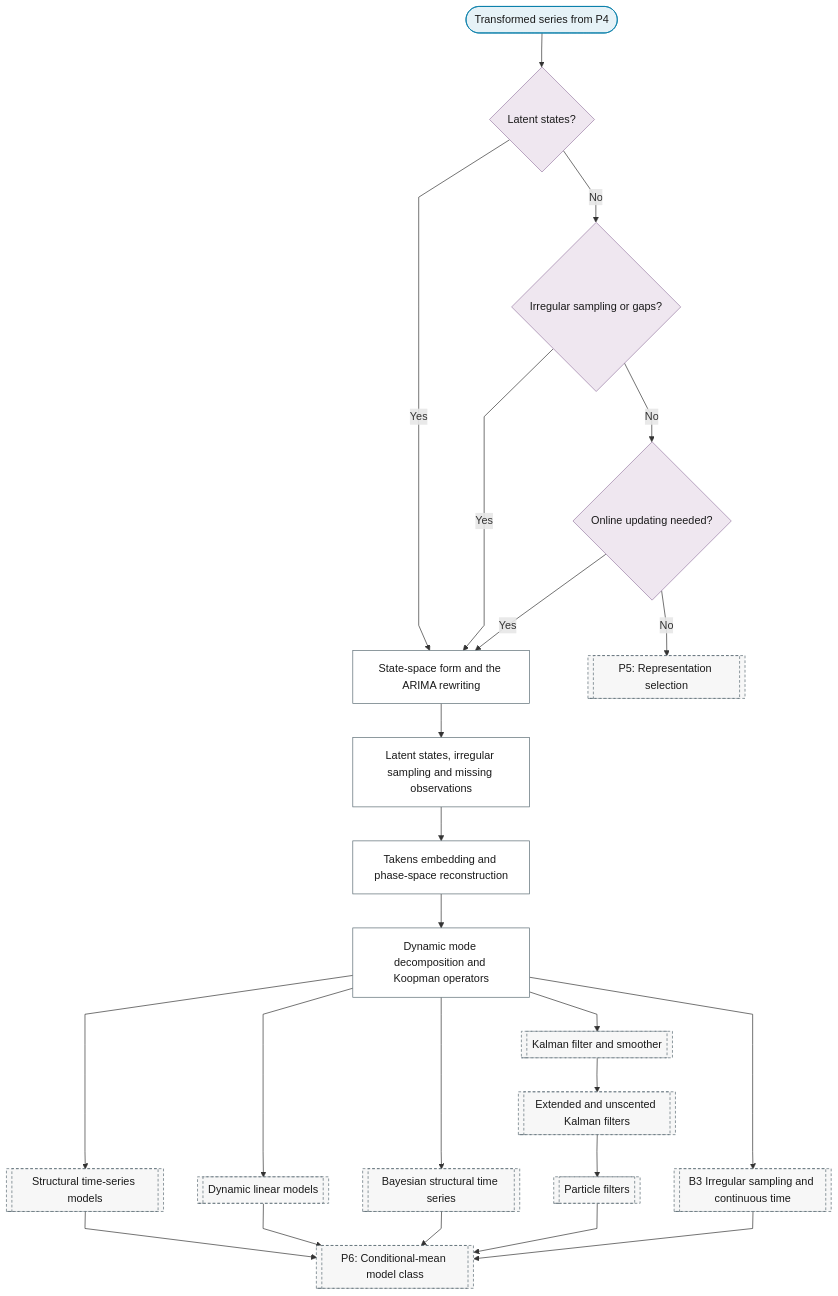
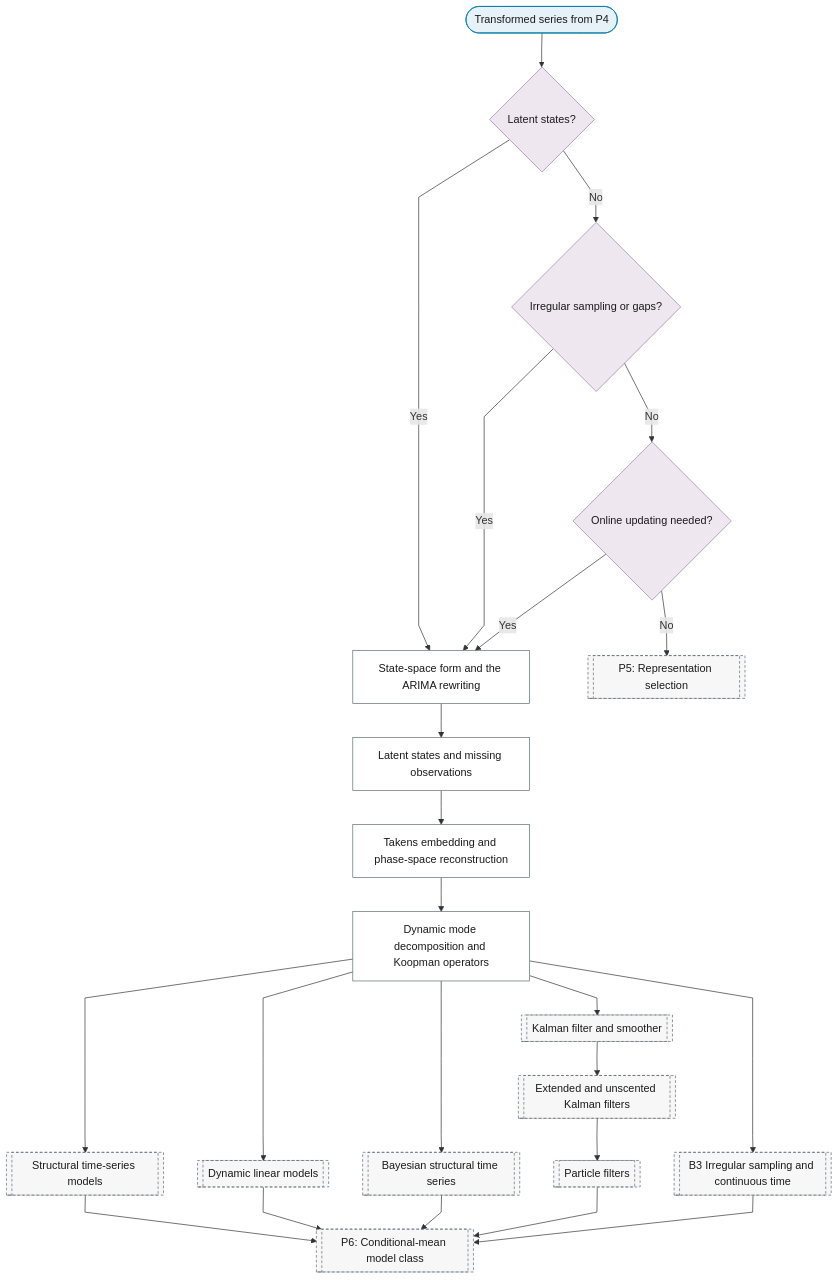
Before and after one commit to Shuxin-Y/time-series-analysis-manual: the diagram in docs/01-workflow/p05-representation/04-state-space.md, drawn with Mermaid. The commit also changed 27 other files, not shown here.

First line of the commit message:
fix(flowchart): one method, one leaf

````diff
--- a/docs/01-workflow/p05-representation/04-state-space.md
+++ b/docs/01-workflow/p05-representation/04-state-space.md
@@ -7,34 +7,34 @@
 ```mermaid
 %%{init: {"flowchart": {"curve": "linear"}}}%%
 graph TD
     P5_SS_IN(["Transformed series from P4"]) --> P5_SS_LATENT_STATES{"Latent states?"}
     P5_SS_LATENT_STATES -->|"Yes"| P5_SS_FORM["State-space form and the ARIMA rewriting"]
     P5_SS_LATENT_STATES -->|"No"| P5_SS_IRREGULAR{"Irregular sampling or gaps?"}
     P5_SS_IRREGULAR -->|"Yes"| P5_SS_FORM
     P5_SS_IRREGULAR -->|"No"| P5_SS_ONLINE{"Online updating needed?"}
     P5_SS_ONLINE -->|"Yes"| P5_SS_FORM
     P5_SS_ONLINE -->|"No"| P5[["P5: Representation selection"]]
-    P5_SS_FORM --> P5_SS_LATENT["Latent states, irregular sampling and missing observations"]
+    P5_SS_FORM --> P5_SS_LATENT["Latent states and missing observations"]
     P5_SS_LATENT --> P5_SS_TAKENS["Takens embedding and phase-space reconstruction"]
     P5_SS_TAKENS --> P5_SS_DMD["Dynamic mode decomposition and Koopman operators"]
     P5_SS_DMD --> P6_STRUCTURAL_TS[["Structural time-series models"]]
     P5_SS_DMD --> P6_DLM[["Dynamic linear models"]]
     P5_SS_DMD --> P6_BSTS[["Bayesian structural time series"]]
     P5_SS_DMD --> P8_KALMAN[["Kalman filter and smoother"]]
     P5_SS_DMD --> B3[["B3 Irregular sampling and continuous time"]]
     P8_KALMAN --> P8_NONLINEAR_FILTERS[["Extended and unscented Kalman filters"]]
     P8_NONLINEAR_FILTERS --> P8_PARTICLE_FILTERS[["Particle filters"]]
     P6_STRUCTURAL_TS & P6_DLM & P6_BSTS & P8_PARTICLE_FILTERS & B3 --> P6[["P6: Conditional-mean model class"]]
     class P5_SS_IN terminator
     class P5_SS_LATENT_STATES,P5_SS_IRREGULAR,P5_SS_ONLINE decision
     class P5_SS_FORM,P5_SS_LATENT,P5_SS_TAKENS,P5_SS_DMD process
     class P5,P6_STRUCTURAL_TS,P6_DLM,P6_BSTS,P8_KALMAN,B3,P8_NONLINEAR_FILTERS,P8_PARTICLE_FILTERS,P6 ref
     classDef terminator fill:#E6F2F7,stroke:#007BA7,color:#1A1A1A;
     classDef process fill:#FFFFFF,stroke:#5A6B73,color:#1A1A1A;
     classDef decision fill:#EFE7F0,stroke:#9B7FA7,color:#1A1A1A;
     classDef data fill:#FFF4E0,stroke:#C9A55E,color:#1A1A1A;
     classDef good fill:#DCEFD8,stroke:#4A7A3F,color:#1A1A1A;
     classDef escalate fill:#FFE9C2,stroke:#C9A55E,color:#1A1A1A;
     classDef problem fill:#F2D9DE,stroke:#800020,color:#1A1A1A;
     classDef ref fill:#F7F7F7,stroke:#5A6B73,color:#1A1A1A,stroke-dasharray:4 3;
 ```
````
